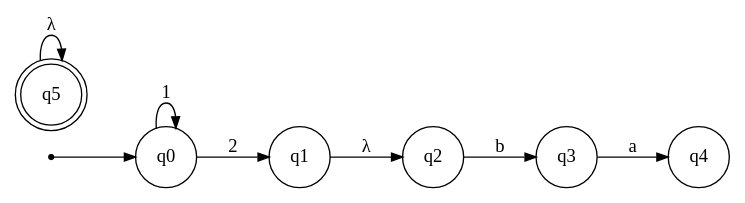
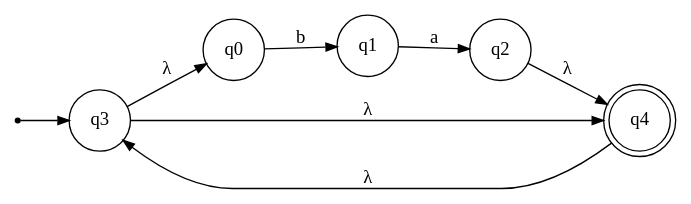
One commit to Computer-Engineering-Projects-IUST/TLA-MidtermProject changed the diagram in TLA01-Projects/Digraph.gv. Above: the diagram before and after it, drawn with Graphviz. The commit also changed 2 other files, not shown here.

```diff
--- a/TLA01-Projects/Digraph.gv
+++ b/TLA01-Projects/Digraph.gv
@@ -1,18 +1,17 @@
 digraph {
 	ranksep=0.5 size="(8, 8)"
 	rankdir=LR
 	Initial [label="" fontsize=14.0 shape=point]
 	q0 [fontsize=14.0 shape=circle]
 	q1 [fontsize=14.0 shape=circle]
 	q2 [fontsize=14.0 shape=circle]
 	q3 [fontsize=14.0 shape=circle]
-	q4 [fontsize=14.0 shape=circle]
-	q5 [fontsize=14.0 shape=doublecircle]
-	Initial -> q0 [arrowsize=0.85]
-	q0 -> q0 [label=" 1 " arrowsize=0.85 fontsize=14.0]
-	q0 -> q1 [label=" 2 " arrowsize=0.85 fontsize=14.0]
-	q1 -> q2 [label=" λ " arrowsize=0.85 fontsize=14.0]
-	q5 -> q5 [label=" λ " arrowsize=0.85 fontsize=14.0]
-	q2 -> q3 [label=" b " arrowsize=0.85 fontsize=14.0]
-	q3 -> q4 [label=" a " arrowsize=0.85 fontsize=14.0]
+	q4 [fontsize=14.0 shape=doublecircle]
+	Initial -> q3 [arrowsize=0.85]
+	q0 -> q1 [label=" b " arrowsize=0.85 fontsize=14.0]
+	q1 -> q2 [label=" a " arrowsize=0.85 fontsize=14.0]
+	q2 -> q4 [label=" λ " arrowsize=0.85 fontsize=14.0]
+	q3 -> q0 [label=" λ " arrowsize=0.85 fontsize=14.0]
+	q3 -> q4 [label=" λ " arrowsize=0.85 fontsize=14.0]
+	q4 -> q3 [label=" λ " arrowsize=0.85 fontsize=14.0]
 }
```
